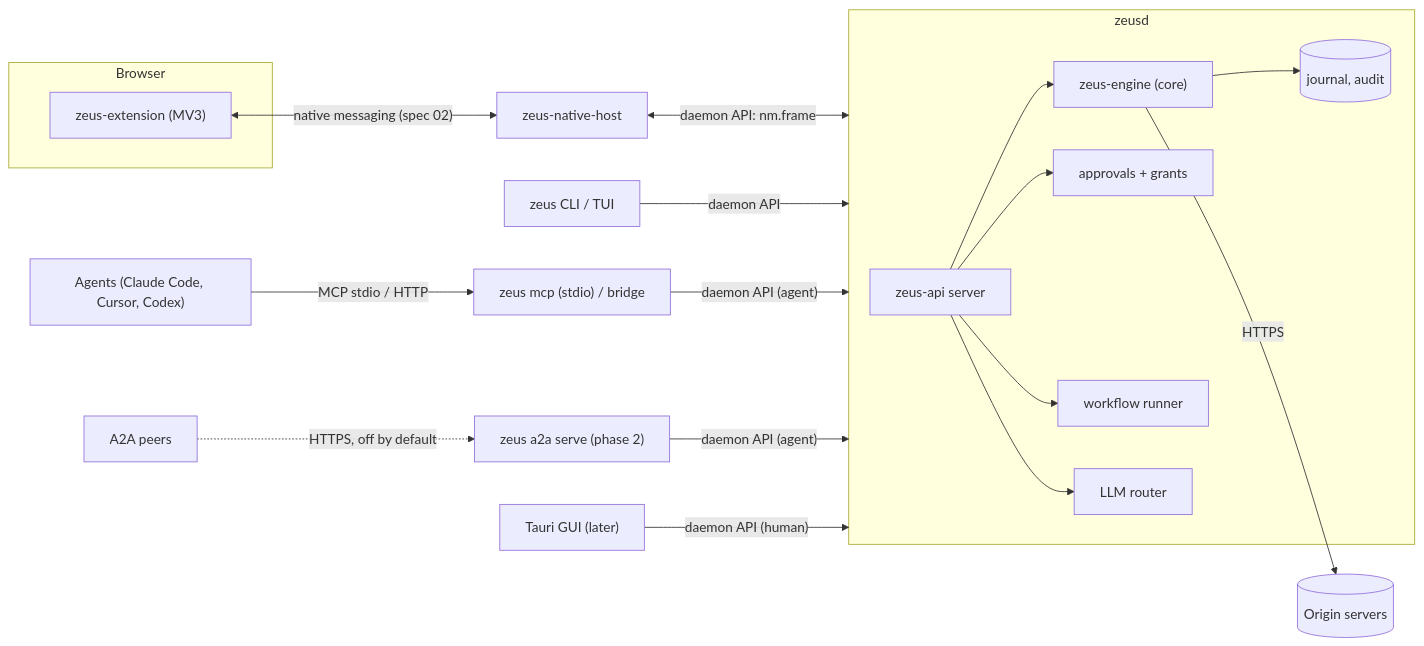
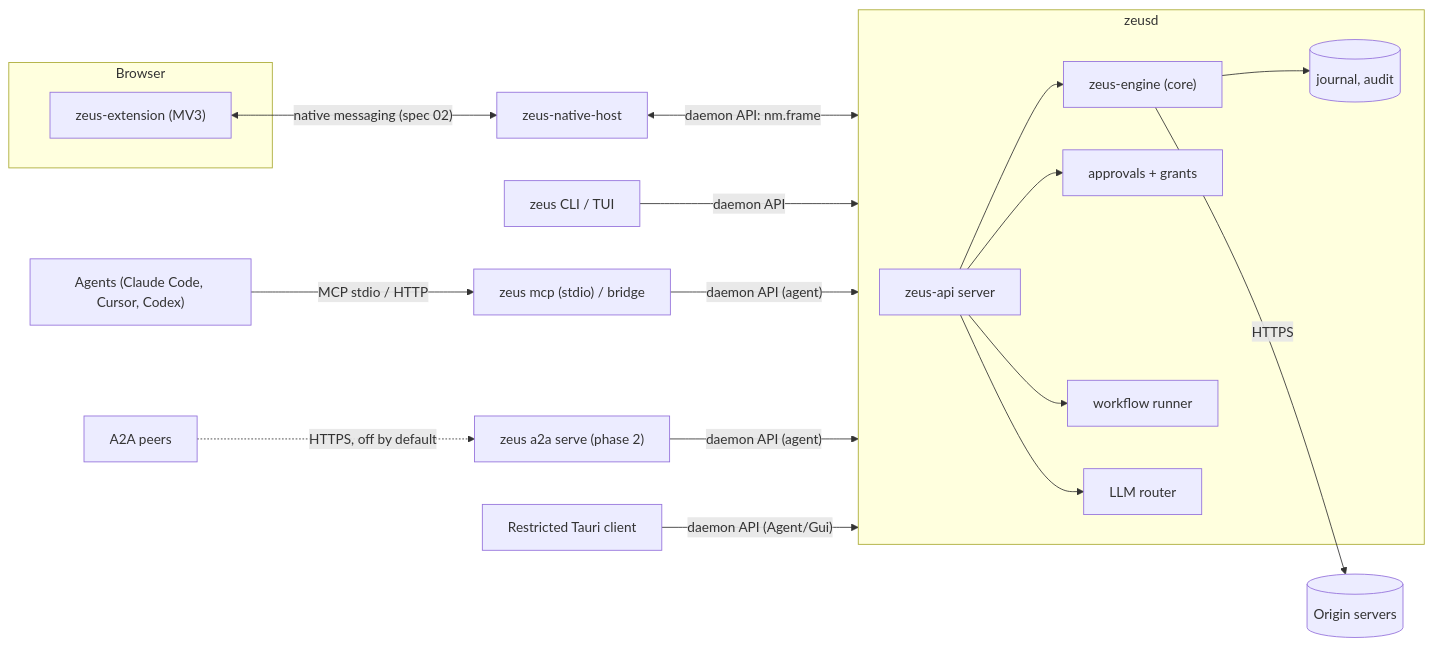
The first of 6 diagrams in docs/ARCHITECTURE.md (ArefinAlter/zeus), drawn with Mermaid before and after one commit. The commit also changed other lines of this file and 70 other files, not shown here.

Commit message:
feat: add approval and artifact lifecycle with a restricted desktop client

````diff
--- a/docs/ARCHITECTURE.md
+++ b/docs/ARCHITECTURE.md
@@ -16,22 +16,22 @@
 ```mermaid
 flowchart LR
   subgraph Browser
     EXT["zeus-extension (MV3)"]
   end
   EXT <-->|"native messaging (spec 02)"| NH["zeus-native-host"]
   NH <-->|"daemon API: nm.frame"| D
   CLI["zeus CLI / TUI"] -->|"daemon API"| D
   MCPB["zeus mcp (stdio) / bridge"] -->|"daemon API (agent)"| D
   A2AB["zeus a2a serve (phase 2)"] -->|"daemon API (agent)"| D
-  GUI["Tauri GUI (later)"] -->|"daemon API (human)"| D
+  GUI["Restricted Tauri client"] -->|"daemon API (Agent/Gui)"| D
   AG["Agents (Claude Code, Cursor, Codex)"] -->|"MCP stdio / HTTP"| MCPB
   PEER["A2A peers"] -.->|"HTTPS, off by default"| A2AB
   subgraph D["zeusd"]
     API["zeus-api server"] --> ENG["zeus-engine (core)"]
     API --> APR["approvals + grants"]
     API --> WF["workflow runner"]
     API --> LLM["LLM router"]
     ENG --> J[("journal, audit")]
   end
   ENG -->|HTTPS| ORIGIN[("Origin servers")]
 ```
````
